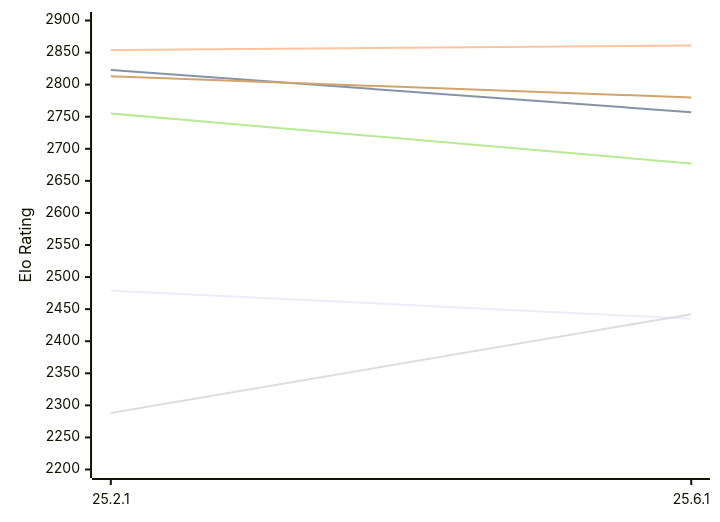
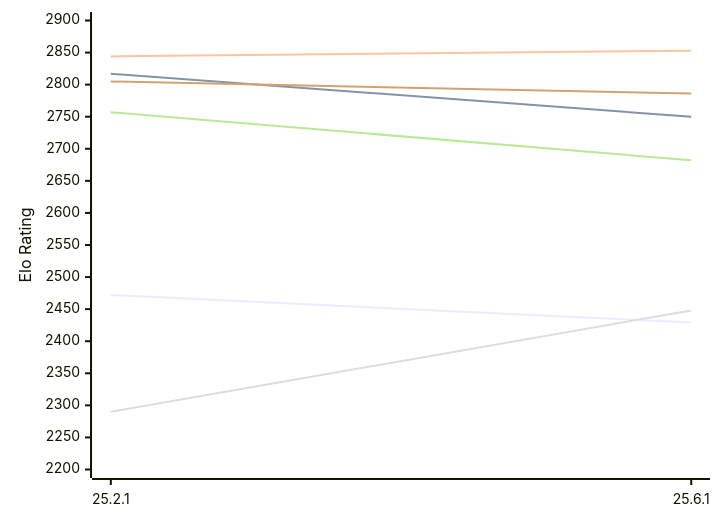
The first of 2 diagrams in engines/Crafty.md (computer-chess-index/cci), drawn with Mermaid before and after one commit. The commit also changed other lines of this file, not shown here.

Commit message:
Update CCI Ratings (ELO VLTC) - 2026-11-18

````diff
--- a/engines/Crafty.md
+++ b/engines/Crafty.md
@@ -50,12 +50,12 @@
 ```mermaid
 %%{init: {"theme":"base","themeVariables":{"seriesColors:['#a3a3a3','#222221','#faa371']}}}%%
 xychart-beta
   x-axis ["25.2.1", "25.6.1"]
   y-axis "Elo Rating" 2200 --> 2900
-  line "E1: STC (8.0+0.08s)" [2479, 2435]
-  line "E1: LTC (60.0+0.60s)" [2823, 2757]
-  line "E1: VLTC (2m24s+1.12s)" [2854, 2861]
-  line "P1: STC (8.0+0.08s)" [2288, 2442]
-  line "P1: LTC (60.0+0.60s)" [2755, 2677]
-  line "P1: VLTC (2m24s+1.12s)" [2813, 2780]
+  line "E1: STC (8.0+0.08s)" [2472, 2429]
+  line "E1: LTC (60.0+0.60s)" [2817, 2750]
+  line "E1: VLTC (2m24s+1.12s)" [2844, 2853]
+  line "P1: STC (8.0+0.08s)" [2290, 2448]
+  line "P1: LTC (60.0+0.60s)" [2757, 2682]
+  line "P1: VLTC (2m24s+1.12s)" [2805, 2786]
 ```
````
